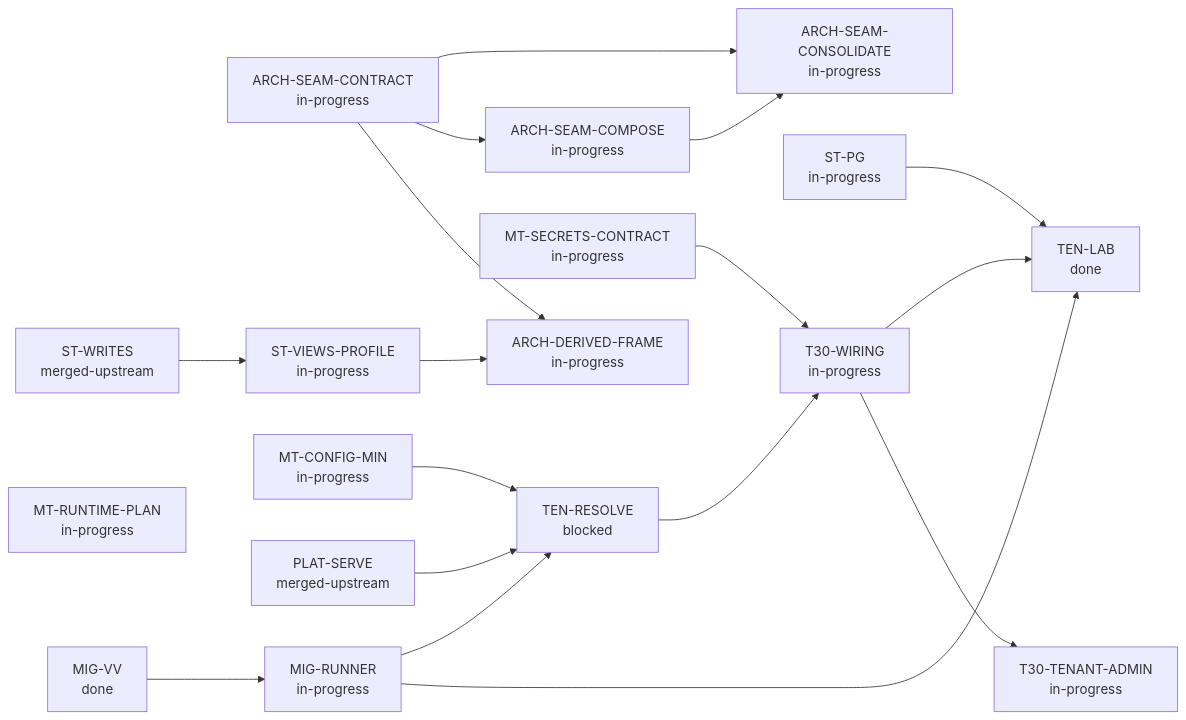
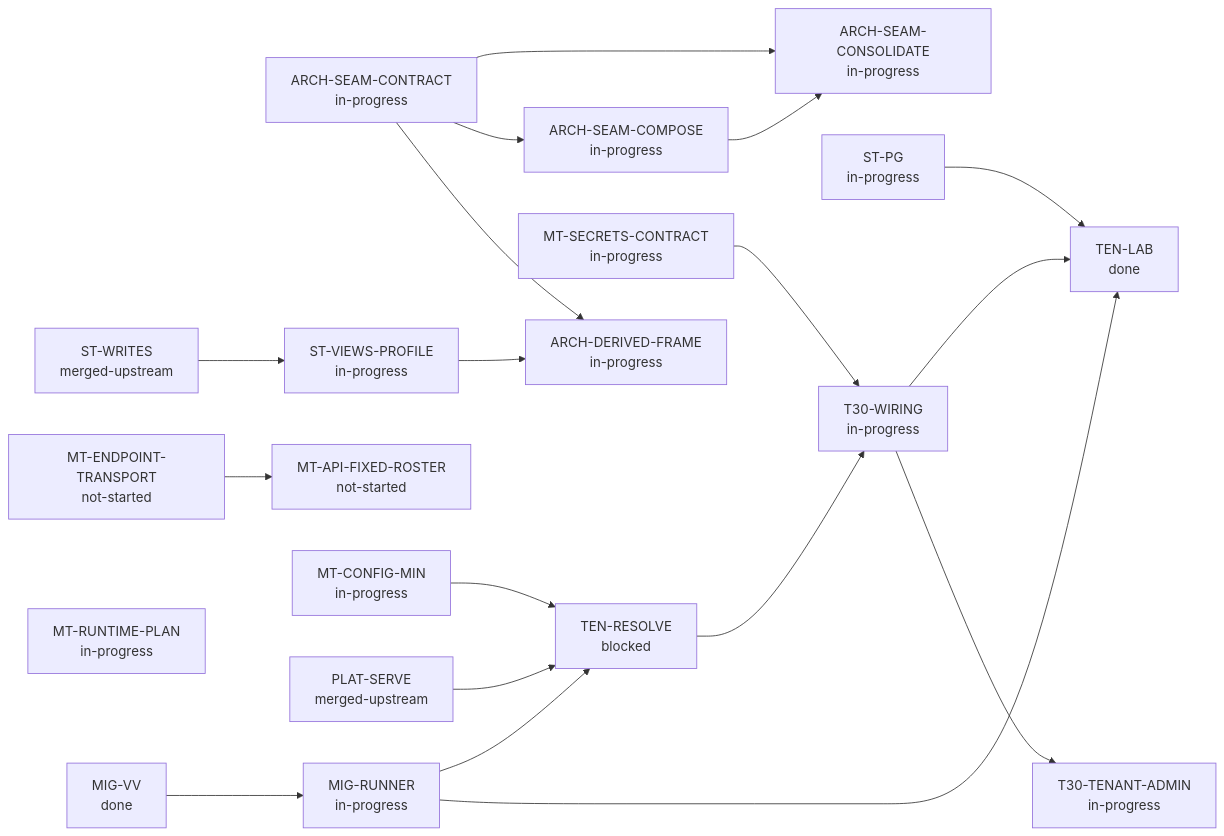
Before and after one commit to bewest/rag-nightscout-ecosystem-alignment: the second of 2 diagrams in docs/30-design/tenancy/multitenant-delivery-dashboard.md, drawn with Mermaid. The commit also changed other lines of this file and 18 other files, not shown here.

Commit message:
Queue private endpoint and fixed API capabilities with grid topology plans

````diff
--- a/docs/30-design/tenancy/multitenant-delivery-dashboard.md
+++ b/docs/30-design/tenancy/multitenant-delivery-dashboard.md
@@ -63,36 +63,39 @@
 ```mermaid
 flowchart LR
   ARCH-DERIVED-FRAME["ARCH-DERIVED-FRAME<br/>in-progress"]
   ARCH-SEAM-COMPOSE["ARCH-SEAM-COMPOSE<br/>in-progress"]
   ARCH-SEAM-CONSOLIDATE["ARCH-SEAM-CONSOLIDATE<br/>in-progress"]
   ARCH-SEAM-CONTRACT["ARCH-SEAM-CONTRACT<br/>in-progress"]
   MIG-RUNNER["MIG-RUNNER<br/>in-progress"]
   MIG-VV["MIG-VV<br/>done"]
+  MT-API-FIXED-ROSTER["MT-API-FIXED-ROSTER<br/>not-started"]
   MT-CONFIG-MIN["MT-CONFIG-MIN<br/>in-progress"]
+  MT-ENDPOINT-TRANSPORT["MT-ENDPOINT-TRANSPORT<br/>not-started"]
   MT-RUNTIME-PLAN["MT-RUNTIME-PLAN<br/>in-progress"]
   MT-SECRETS-CONTRACT["MT-SECRETS-CONTRACT<br/>in-progress"]
   PLAT-SERVE["PLAT-SERVE<br/>merged-upstream"]
   ST-PG["ST-PG<br/>in-progress"]
   ST-VIEWS-PROFILE["ST-VIEWS-PROFILE<br/>in-progress"]
   ST-WRITES["ST-WRITES<br/>merged-upstream"]
   T30-TENANT-ADMIN["T30-TENANT-ADMIN<br/>in-progress"]
   T30-WIRING["T30-WIRING<br/>in-progress"]
   TEN-LAB["TEN-LAB<br/>done"]
   TEN-RESOLVE["TEN-RESOLVE<br/>blocked"]
   ARCH-SEAM-CONTRACT --> ARCH-DERIVED-FRAME
   ST-VIEWS-PROFILE --> ARCH-DERIVED-FRAME
   ARCH-SEAM-CONTRACT --> ARCH-SEAM-COMPOSE
   ARCH-SEAM-CONTRACT --> ARCH-SEAM-CONSOLIDATE
   ARCH-SEAM-COMPOSE --> ARCH-SEAM-CONSOLIDATE
   MIG-VV --> MIG-RUNNER
+  MT-ENDPOINT-TRANSPORT --> MT-API-FIXED-ROSTER
   ST-WRITES --> ST-VIEWS-PROFILE
   T30-WIRING --> T30-TENANT-ADMIN
   TEN-RESOLVE --> T30-WIRING
   MT-SECRETS-CONTRACT --> T30-WIRING
   ST-PG --> TEN-LAB
   T30-WIRING --> TEN-LAB
   MIG-RUNNER --> TEN-LAB
   MT-CONFIG-MIN --> TEN-RESOLVE
   MIG-RUNNER --> TEN-RESOLVE
   PLAT-SERVE --> TEN-RESOLVE
 ```
````
